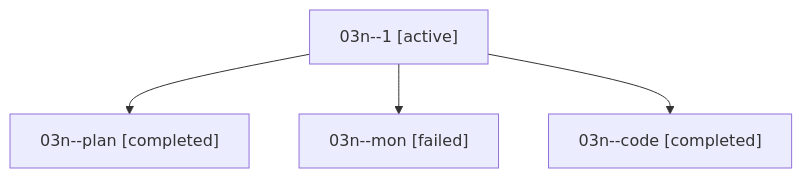
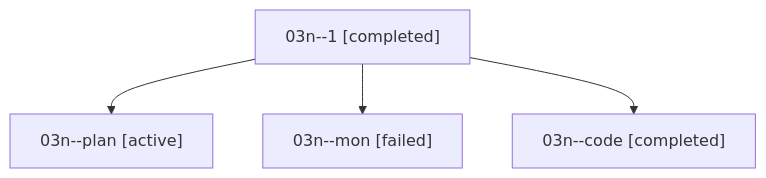
Before and after one commit to sase-org/sase--agents: the diagram in families/bbugyi200.athena.03n.md, drawn with Mermaid. The commit also changed other lines of this file and 35830 other files, not shown here.

````diff
--- a/families/bbugyi200.athena.03n.md
+++ b/families/bbugyi200.athena.03n.md
@@ -9,10 +9,10 @@
 ```mermaid
 flowchart TD
-  n0["03n--1 [active]"]
-  n1["03n--plan [completed]"]
+  n0["03n--1 [completed]"]
+  n1["03n--plan [active]"]
   n0 --> n1
   n2["03n--mon [failed]"]
   n0 --> n2
   n3["03n--code [completed]"]
   n0 --> n3
 ```
````
